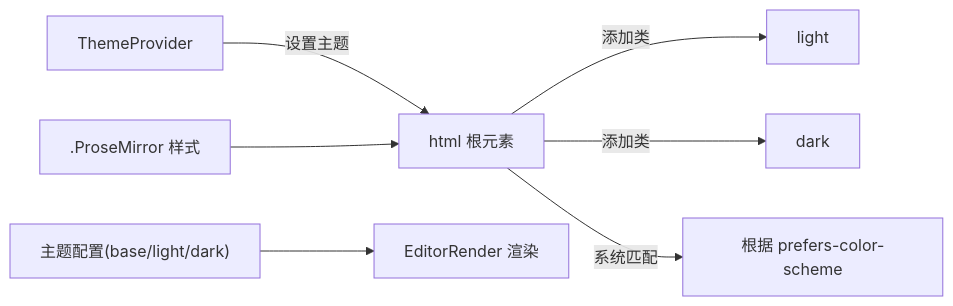
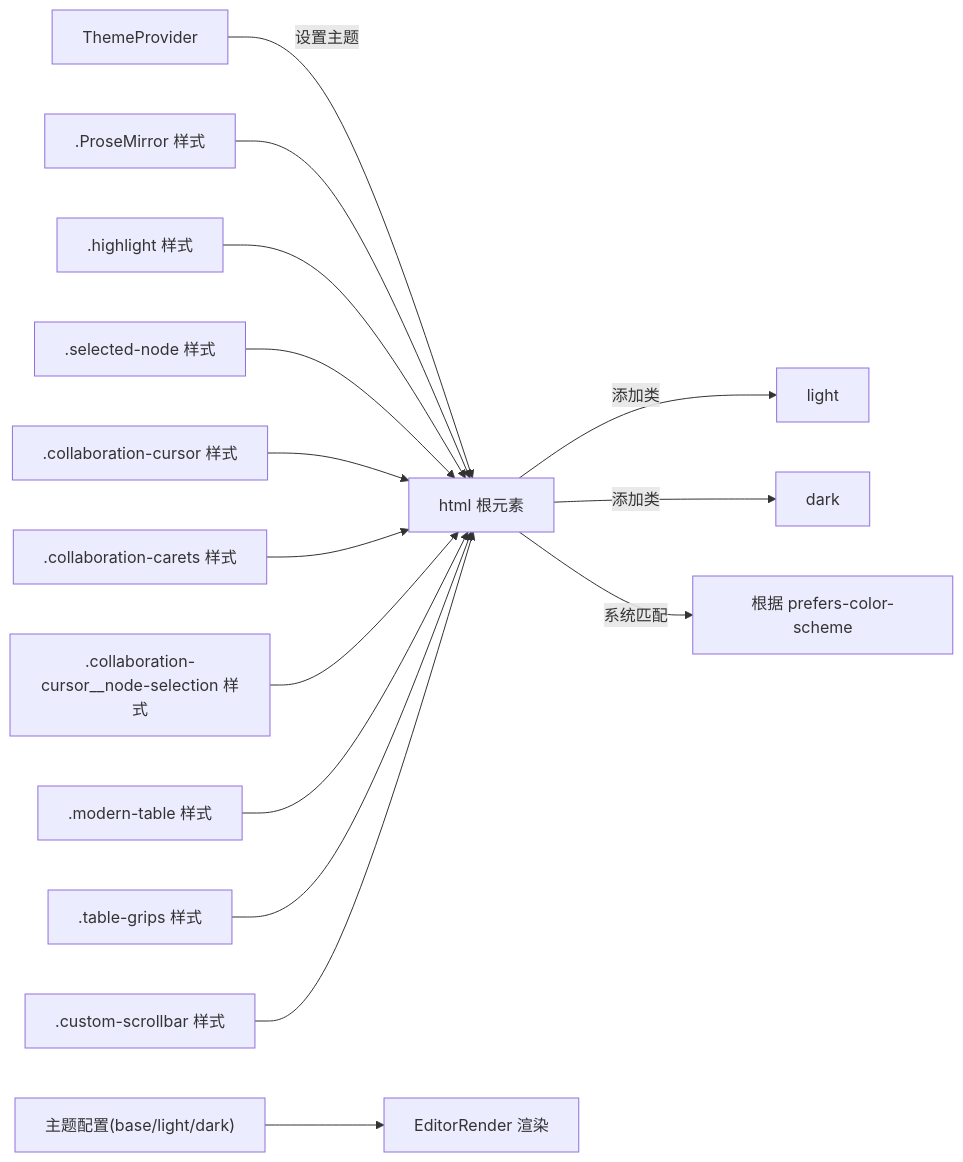
One commit to LRF0422/Kotion changed diagram 14 of 15 in .qoder/repowiki/zh/content/架构设计/编辑器内核架构/编辑器渲染机制.md. Above: the diagram before and after it, drawn with Mermaid. The commit also changed other lines of this file and 75 other files, not shown here.

````diff
--- a/.qoder/repowiki/zh/content/架构设计/编辑器内核架构/编辑器渲染机制.md
+++ b/.qoder/repowiki/zh/content/架构设计/编辑器内核架构/编辑器渲染机制.md
@@ -324,9 +720,17 @@
 ```mermaid
 graph LR
 Root["html 根元素"] --> |添加类| Light["light"]
 Root --> |添加类| Dark["dark"]
 Root --> |系统匹配| Sys["根据 prefers-color-scheme"]
 ThemeProv["ThemeProvider"] --> |设置主题| Root
 CSS[".ProseMirror 样式"] --> Root
+CSS2[".highlight 样式"] --> Root
+CSS3[".selected-node 样式"] --> Root
+CSS4[".collaboration-cursor 样式"] --> Root
+CSS5[".collaboration-carets 样式"] --> Root
+CSS6[".collaboration-cursor__node-selection 样式"] --> Root
+CSS7[".modern-table 样式"] --> Root
+CSS8[".table-grips 样式"] --> Root
+CSS9[".custom-scrollbar 样式"] --> Root
 ThemeCfg["主题配置(base/light/dark)"] --> ER["EditorRender 渲染"]
 ```
````
